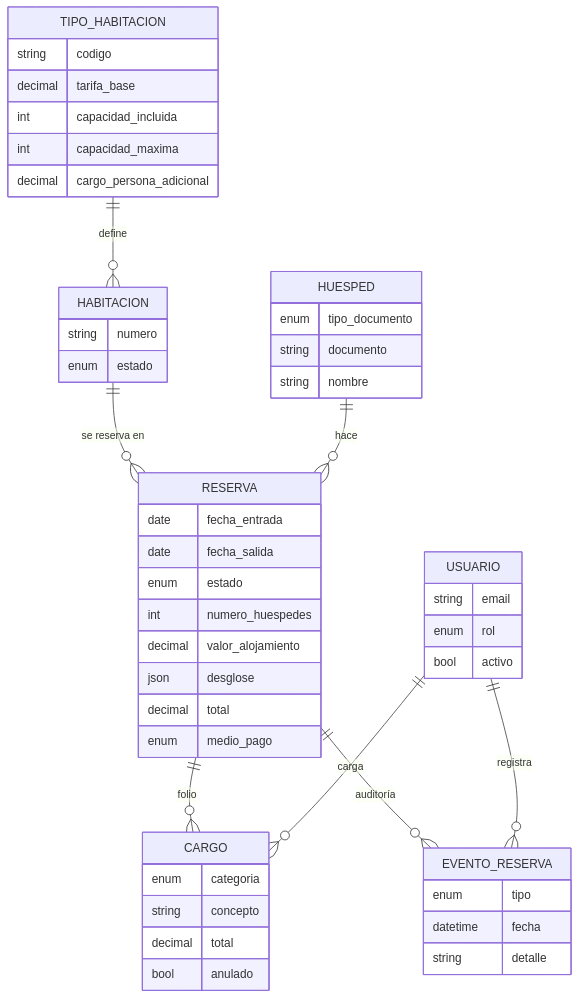
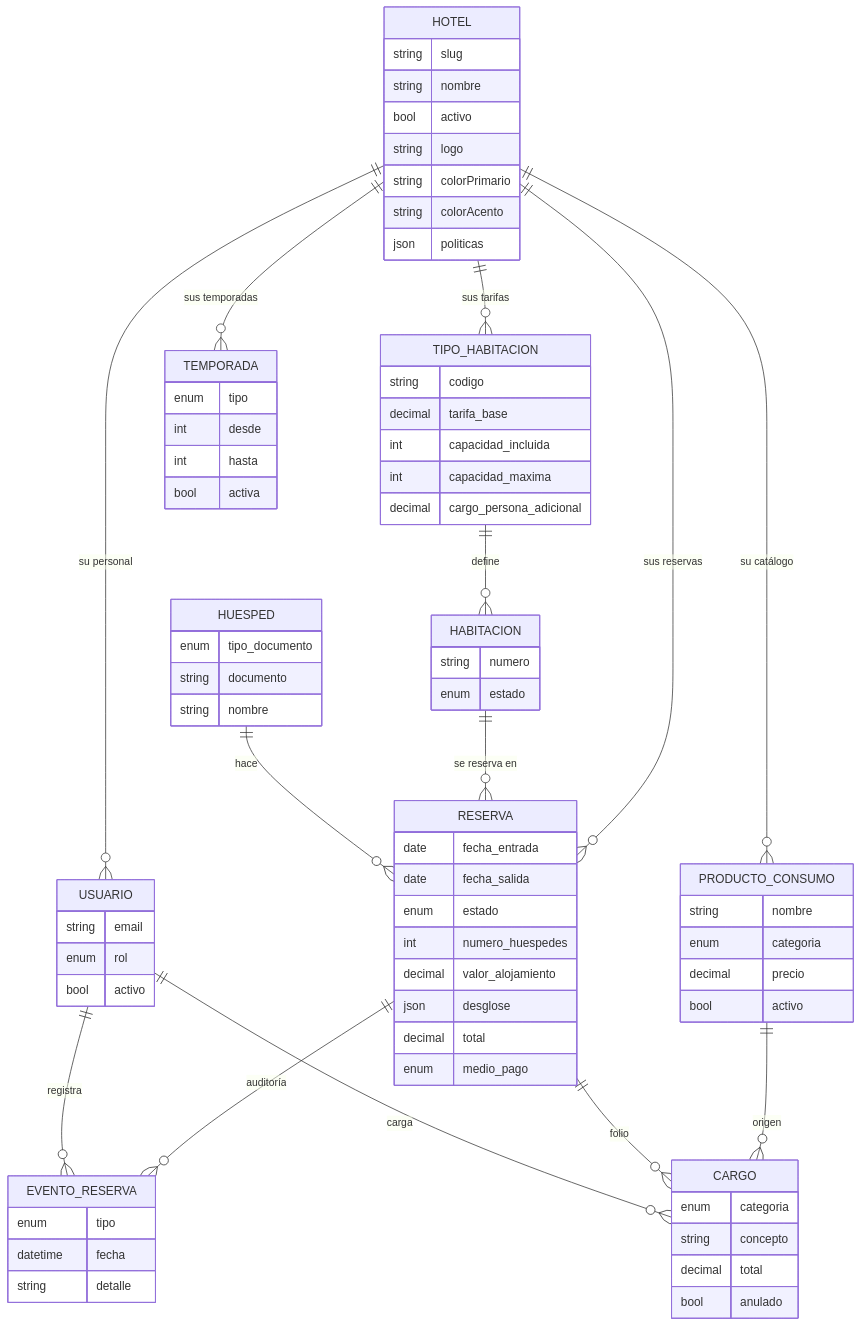
One commit to Felipe-espitia28/Mvp_Hotel_Lazzaro changed the third of 4 diagrams in docs/ARQUITECTURA.md. Above: the diagram before and after it, drawn with Mermaid. The commit also changed other lines of this file and 15 other files, not shown here.

````diff
--- a/docs/ARQUITECTURA.md
+++ b/docs/ARQUITECTURA.md
@@ -103,53 +143,80 @@
 ```mermaid
 erDiagram
+  HOTEL ||--o{ USUARIO : "su personal"
+  HOTEL ||--o{ TIPO_HABITACION : "sus tarifas"
+  HOTEL ||--o{ TEMPORADA : "sus temporadas"
+  HOTEL ||--o{ PRODUCTO_CONSUMO : "su catálogo"
+  HOTEL ||--o{ RESERVA : "sus reservas"
+  PRODUCTO_CONSUMO ||--o{ CARGO : "origen"
   TIPO_HABITACION ||--o{ HABITACION : define
   HABITACION ||--o{ RESERVA : "se reserva en"
   HUESPED ||--o{ RESERVA : hace
   RESERVA ||--o{ CARGO : "folio"
   RESERVA ||--o{ EVENTO_RESERVA : "auditoría"
   USUARIO ||--o{ EVENTO_RESERVA : registra
   USUARIO ||--o{ CARGO : carga
 
+  HOTEL {
+    string slug
+    string nombre
+    bool activo
+    string logo
+    string colorPrimario
+    string colorAcento
+    json politicas
+  }
+  TEMPORADA {
+    enum tipo
+    int desde
+    int hasta
+    bool activa
+  }
+  PRODUCTO_CONSUMO {
+    string nombre
+    enum categoria
+    decimal precio
+    bool activo
+  }
   TIPO_HABITACION {
     string codigo
     decimal tarifa_base
     int capacidad_incluida
     int capacidad_maxima
     decimal cargo_persona_adicional
   }
   HABITACION {
     string numero
     enum estado
   }
   RESERVA {
     date fecha_entrada
     date fecha_salida
     enum estado
     int numero_huespedes
     decimal valor_alojamiento
     json desglose
     decimal total
     enum medio_pago
   }
   HUESPED {
     enum tipo_documento
     string documento
     string nombre
   }
   CARGO {
     enum categoria
     string concepto
     decimal total
     bool anulado
   }
   EVENTO_RESERVA {
     enum tipo
     datetime fecha
     string detalle
   }
   USUARIO {
     string email
     enum rol
     bool activo
   }
 ```
````
